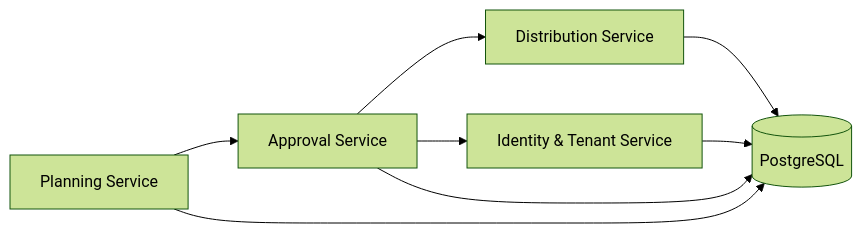
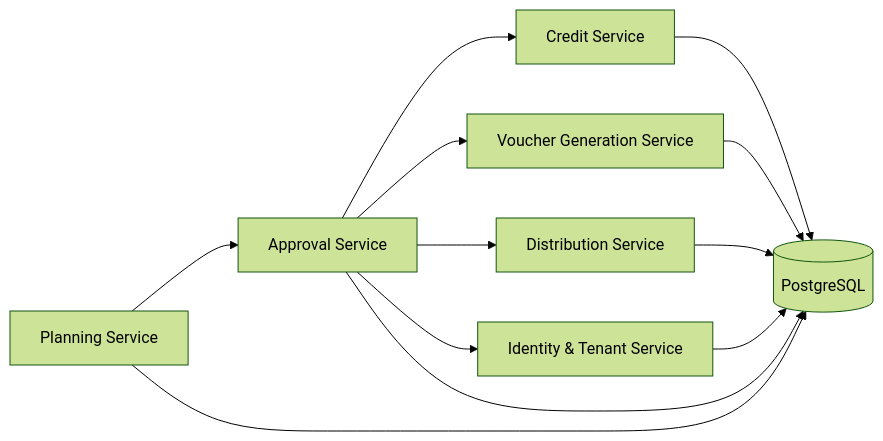
Before and after one commit to lamhongbac/NonCash: diagram 11 of 11 in .qoder/repowiki/en/content/Core Services Implementation/Approval Service.md, drawn with Mermaid (forest theme). The commit also changed other lines of this file and 111 other files, not shown here.

````diff
--- a/.qoder/repowiki/en/content/Core Services Implementation/Approval Service.md
+++ b/.qoder/repowiki/en/content/Core Services Implementation/Approval Service.md
@@ -336,10 +392,14 @@
 ```mermaid
 graph LR
 PlanningSvc["Planning Service"] --> ApprovalSvc["Approval Service"]
+ApprovalSvc --> CreditSvc["Credit Service"]
+ApprovalSvc --> GenerationSvc["Voucher Generation Service"]
 ApprovalSvc --> DistributionSvc["Distribution Service"]
 ApprovalSvc --> IdentitySvc["Identity & Tenant Service"]
 ApprovalSvc --> DB[("PostgreSQL")]
 PlanningSvc --> DB
+CreditSvc --> DB
+GenerationSvc --> DB
 DistributionSvc --> DB
 IdentitySvc --> DB
 ```
````
